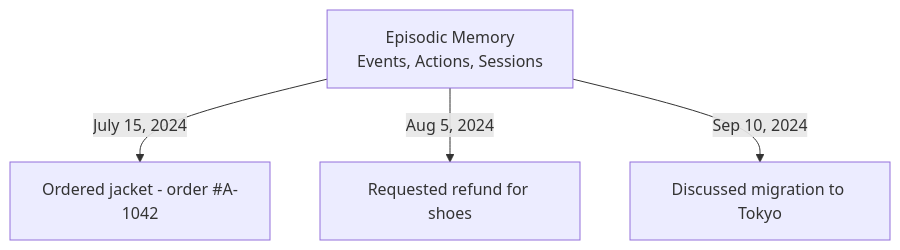
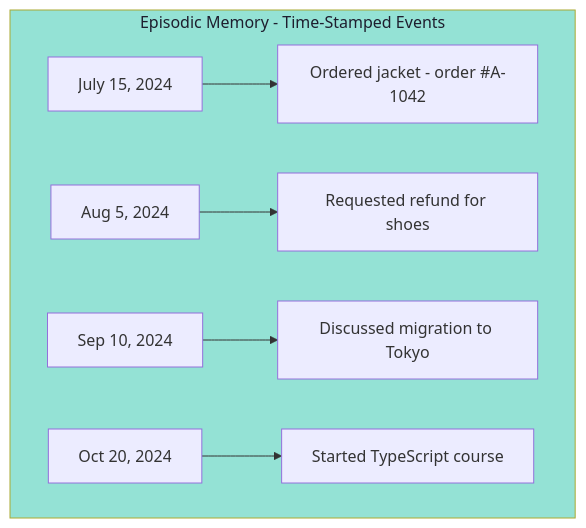
Before and after one commit to Amie-dev/FDE-and-GenAI-Mastery: the second of 9 diagrams in Lecture 19 - Agent Memory Systems/notes/03_Long_Term_Memory_Taxonomy_and_Fact_Extraction.md, drawn with Mermaid. The commit also changed other lines of this file and 9 other files, not shown here.

````diff
--- a/Lecture 19 - Agent Memory Systems/notes/03_Long_Term_Memory_Taxonomy_and_Fact_Extraction.md
+++ b/Lecture 19 - Agent Memory Systems/notes/03_Long_Term_Memory_Taxonomy_and_Fact_Extraction.md
@@ -30,7 +43,11 @@
 ```mermaid
 flowchart TD
-    E["Episodic Memory<br/>Events, Actions, Sessions"]
-    E -->|"July 15, 2024"| A1["Ordered jacket - order #A-1042"]
-    E -->|"Aug 5, 2024"| A2["Requested refund for shoes"]
-    E -->|"Sep 10, 2024"| A3["Discussed migration to Tokyo"]
+    subgraph Episodic["Episodic Memory - Time-Stamped Events"]
+        E1["July 15, 2024"] --> A1["Ordered jacket - order #A-1042"]
+        E2["Aug 5, 2024"] --> A2["Requested refund for shoes"]
+        E3["Sep 10, 2024"] --> A3["Discussed migration to Tokyo"]
+        E4["Oct 20, 2024"] --> A4["Started TypeScript course"]
+    end
+    
+    style Episodic fill:#94e2d5,color:#1e1e2e
 ```
````
